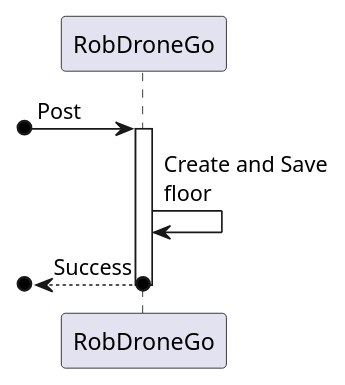
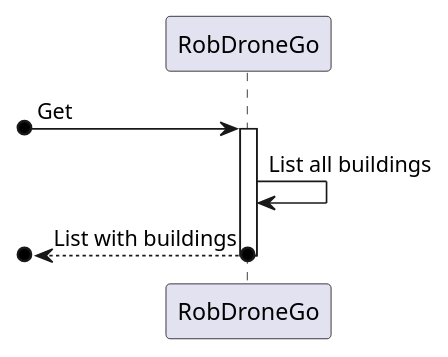
One commit to winqus/RobDroneGo changed the diagram in docs/US/ID-170/SD lv1.puml. Above: the diagram before and after it, drawn with PlantUML. The commit also changed 3 other files, not shown here.

Commit message:
US170 readme and diagrams

```diff
--- a/docs/US/ID-170/SD lv1.puml
+++ b/docs/US/ID-170/SD lv1.puml
@@ -1,12 +1,12 @@
 @startuml SD Lv1
 
 participant RobDroneGo as system
-[o-> system : Post
+[o-> system : Get
 activate system
 
-system -> system : Create and Save\nfloor
+system -> system : List all buildings
 
-[o<--o system : Success
+[o<--o system : List with buildings
 deactivate system
 
 @enduml
```
